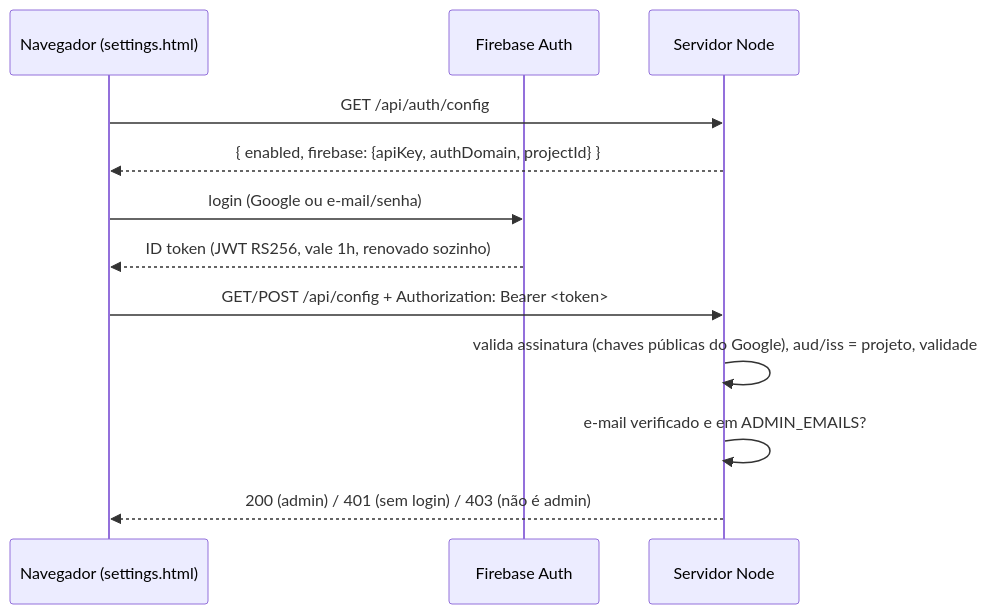
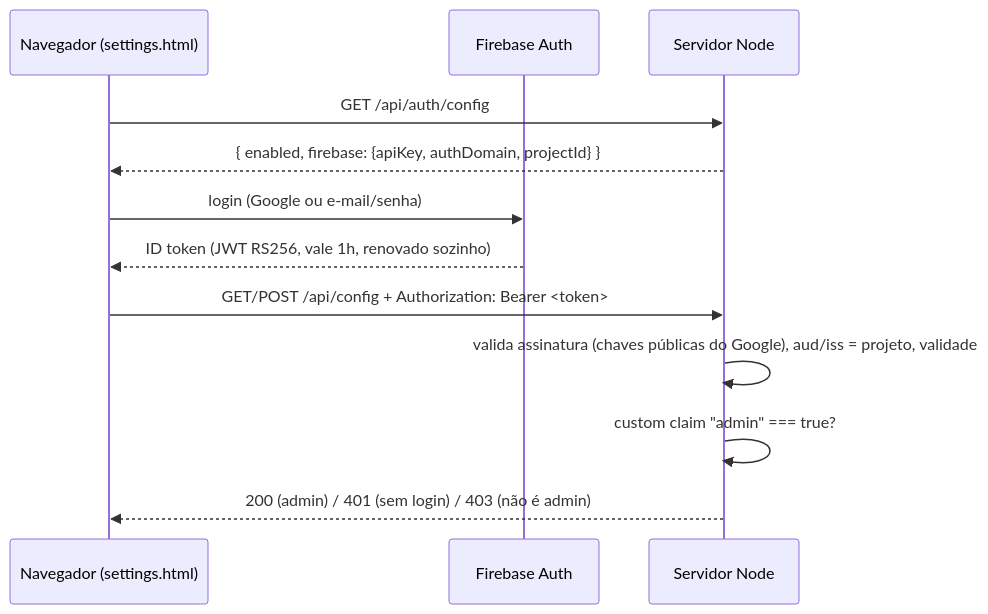
One commit to andre-rizzato/ai-customer-service-agent changed the diagram in docs/ADMIN_AUTH.md. Above: the diagram before and after it, drawn with Mermaid. The commit also changed other lines of this file and 7 other files, not shown here.

First line of the commit message:
Troca ADMIN_EMAILS por custom claim no login de admin

````diff
--- a/docs/ADMIN_AUTH.md
+++ b/docs/ADMIN_AUTH.md
@@ -56,14 +47,14 @@
 ```mermaid
 sequenceDiagram
     participant N as Navegador (settings.html)
     participant F as Firebase Auth
     participant S as Servidor Node
     N->>S: GET /api/auth/config
     S-->>N: { enabled, firebase: {apiKey, authDomain, projectId} }
     N->>F: login (Google ou e-mail/senha)
     F-->>N: ID token (JWT RS256, vale 1h, renovado sozinho)
     N->>S: GET/POST /api/config + Authorization: Bearer <token>
     S->>S: valida assinatura (chaves públicas do Google), aud/iss = projeto, validade
-    S->>S: e-mail verificado e em ADMIN_EMAILS?
+    S->>S: custom claim "admin" === true?
     S-->>N: 200 (admin) / 401 (sem login) / 403 (não é admin)
 ```
````
